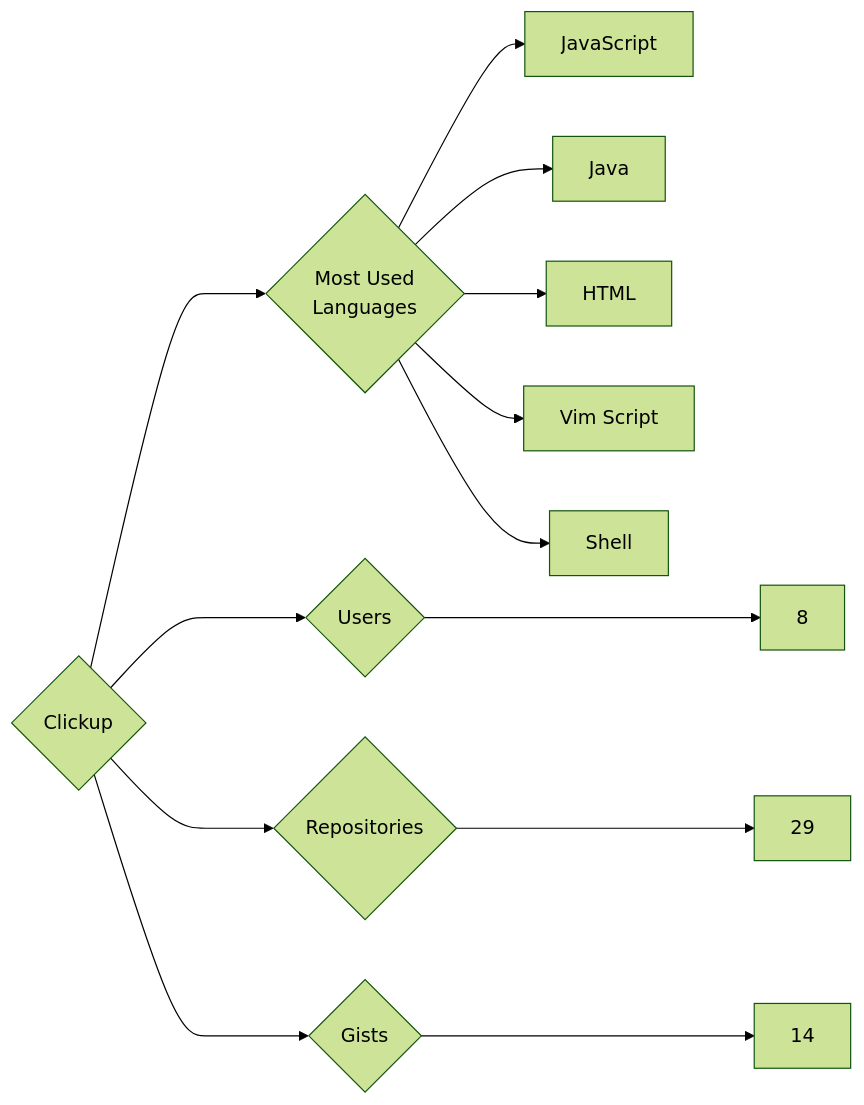
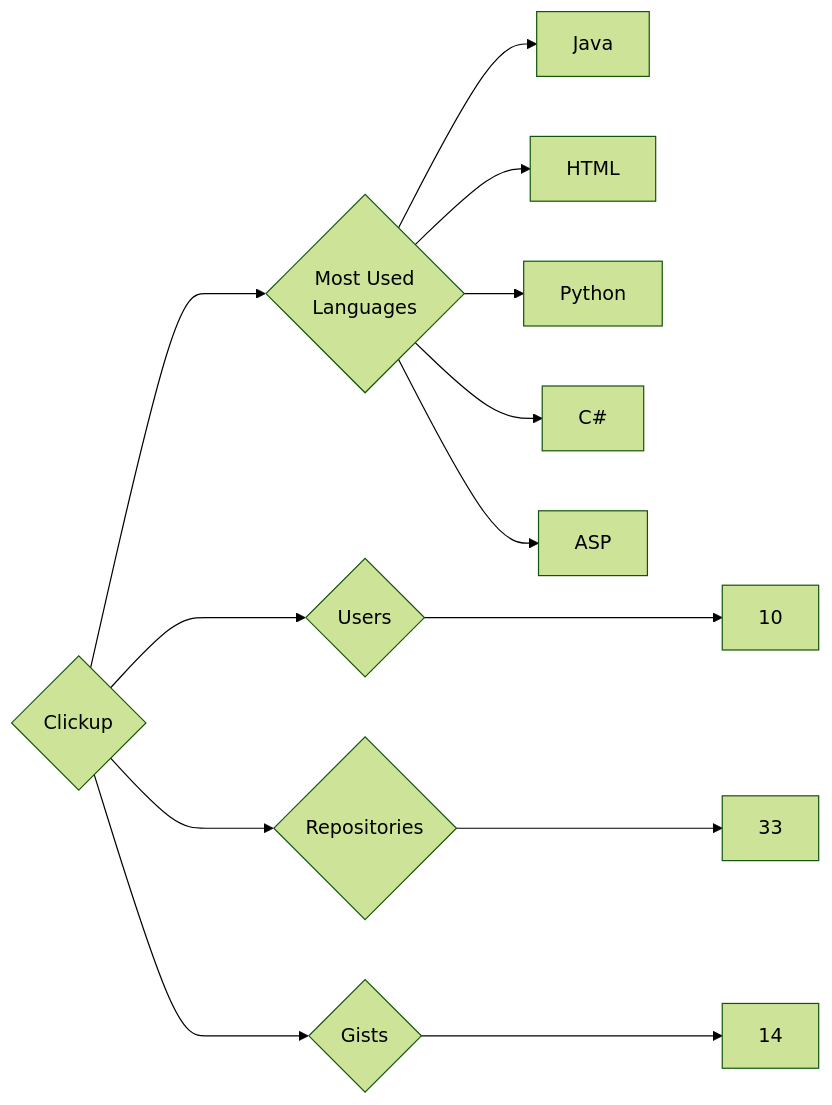
The diagram in targets/Clickup/README.md (trickest/insiders), drawn with Mermaid (forest theme) before and after one commit. The commit also changed 815 other files, not shown here.

````diff
--- a/targets/Clickup/README.md
+++ b/targets/Clickup/README.md
@@ -3,13 +3,13 @@
 ```mermaid
 graph LR
 COMPANY_NAME{Clickup}
-COMPANY_NAME ---> U{Users} ---> UN[8]
-COMPANY_NAME ---> R{Repositories} ---> RN[29]
+COMPANY_NAME ---> U{Users} ---> UN[10]
+COMPANY_NAME ---> R{Repositories} ---> RN[33]
 COMPANY_NAME ---> G{Gists} ---> GN[14]
 COMPANY_NAME ---> ML{Most Used<br>Languages}
-ML --> JavaScript[JavaScript]
 ML --> Java[Java]
 ML --> HTML[HTML]
-ML --> Vim_Script[Vim Script]
-ML --> Shell[Shell]
+ML --> Python[Python]
+ML --> C#[C#]
+ML --> ASP[ASP]
 ```
````
